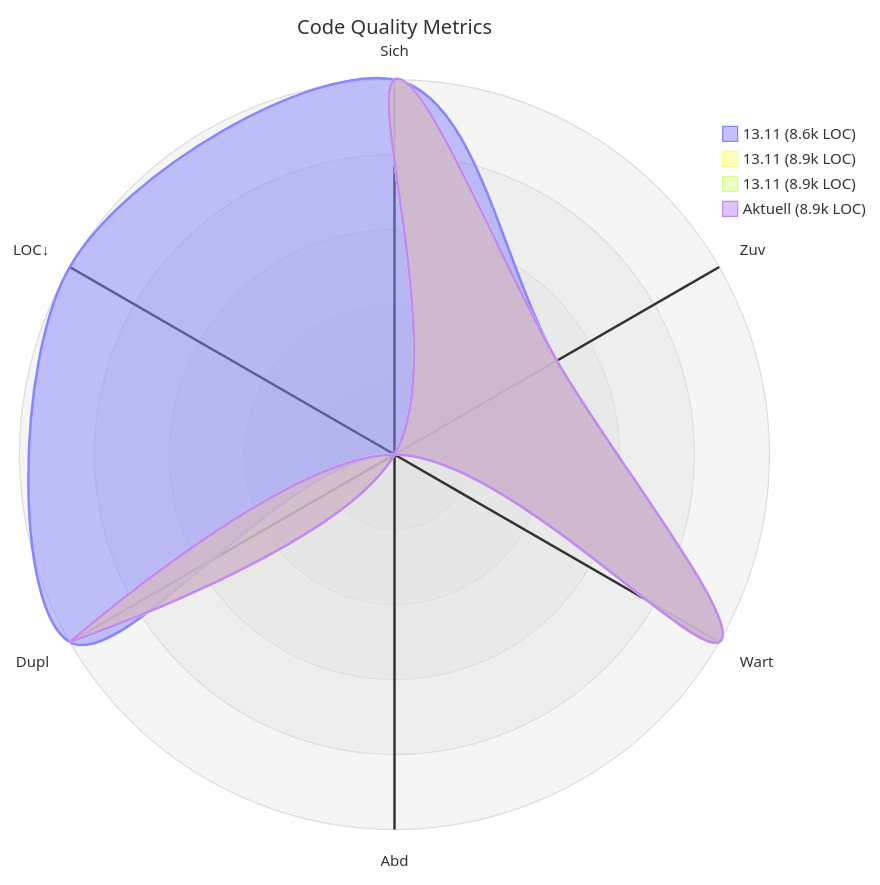
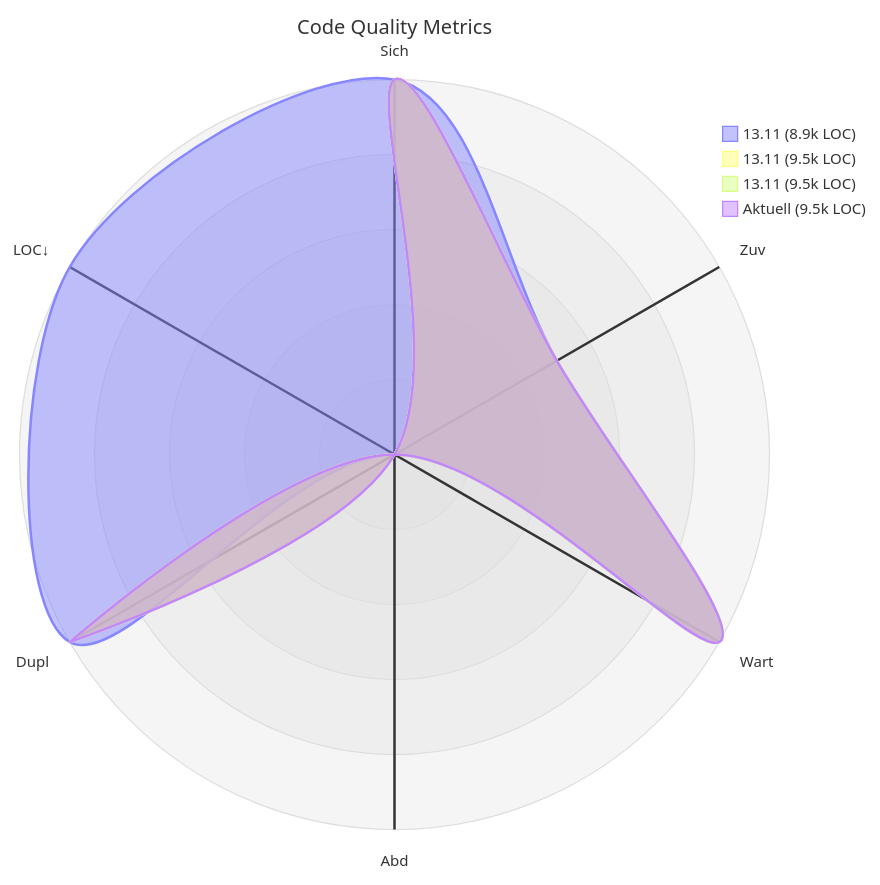
The diagram in codequality/report.md (merlinbecker/rabbitMistralScribe), drawn with Mermaid before and after one commit. The commit also changed other lines of this file, not shown here.

````diff
--- a/codequality/report.md
+++ b/codequality/report.md
@@ -5,13 +5,13 @@
 ```mermaid
 ---
 title: "Code Quality Metrics"
 ---
 radar-beta
   axis s["Sich"], r["Zuv"], m["Wart"], c["Abd"], d["Dupl"], l["LOC↓"]
-  curve p_13_11_8_6k_LOC_["13.11 (8.6k LOC)"]{5, 3, 5, 1, 5, 5}
-  curve p_13_11_8_9k_LOC_["13.11 (8.9k LOC)"]{5, 3, 5, 1, 5, 1}
-  curve p_13_11_8_9k_LOC_["13.11 (8.9k LOC)"]{5, 3, 5, 1, 5, 1}
-  curve p_Aktuell_8_9k_LOC_["Aktuell (8.9k LOC)"]{5, 3, 5, 1, 5, 1}
+  curve p_13_11_8_9k_LOC_["13.11 (8.9k LOC)"]{5, 3, 5, 1, 5, 5}
+  curve p_13_11_9_5k_LOC_["13.11 (9.5k LOC)"]{5, 3, 5, 1, 5, 1}
+  curve p_13_11_9_5k_LOC_["13.11 (9.5k LOC)"]{5, 3, 5, 1, 5, 1}
+  curve p_Aktuell_9_5k_LOC_["Aktuell (9.5k LOC)"]{5, 3, 5, 1, 5, 1}
   max 5
   min 1
 ```
````
